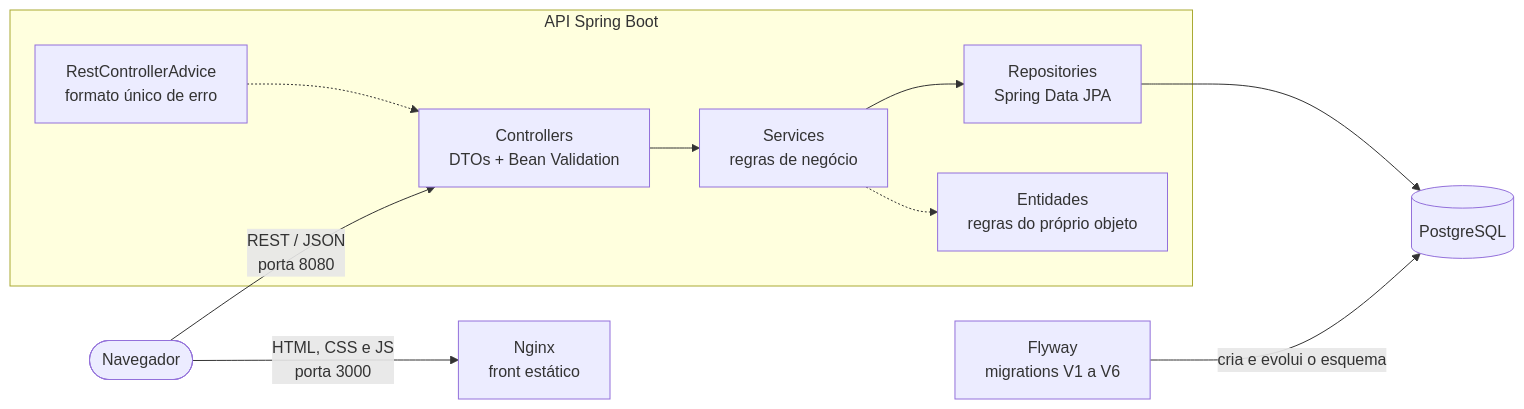
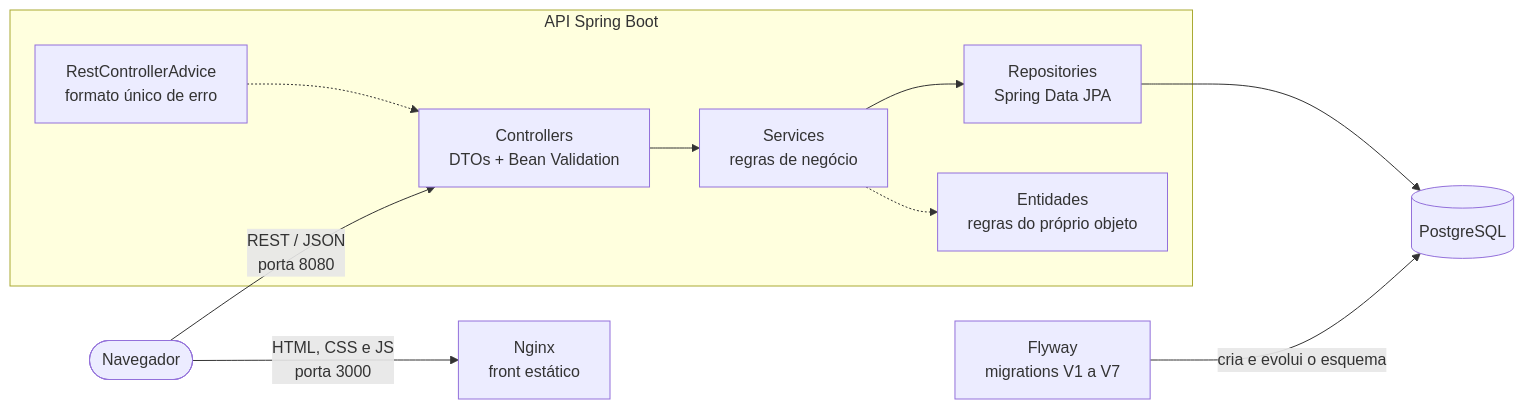
The first of 2 diagrams in README.md (thiago207/sulwork), drawn with Mermaid before and after one commit. The commit also changed other lines of this file and 37 other files, not shown here.

````diff
--- a/README.md
+++ b/README.md
@@ -29,15 +29,15 @@
 ```mermaid
 flowchart LR
     U([Navegador]) -->|"HTML, CSS e JS<br/>porta 3000"| N[Nginx<br/>front estático]
     U -->|"REST / JSON<br/>porta 8080"| C
 
     subgraph API [API Spring Boot]
         C[Controllers<br/>DTOs + Bean Validation] --> S[Services<br/>regras de negócio]
         S --> R[Repositories<br/>Spring Data JPA]
         S -.-> E[Entidades<br/>regras do próprio objeto]
         A[RestControllerAdvice<br/>formato único de erro] -.-> C
     end
 
     R --> DB[(PostgreSQL)]
-    F[Flyway<br/>migrations V1 a V6] -->|"cria e evolui o esquema"| DB
+    F[Flyway<br/>migrations V1 a V7] -->|"cria e evolui o esquema"| DB
 ```
````
